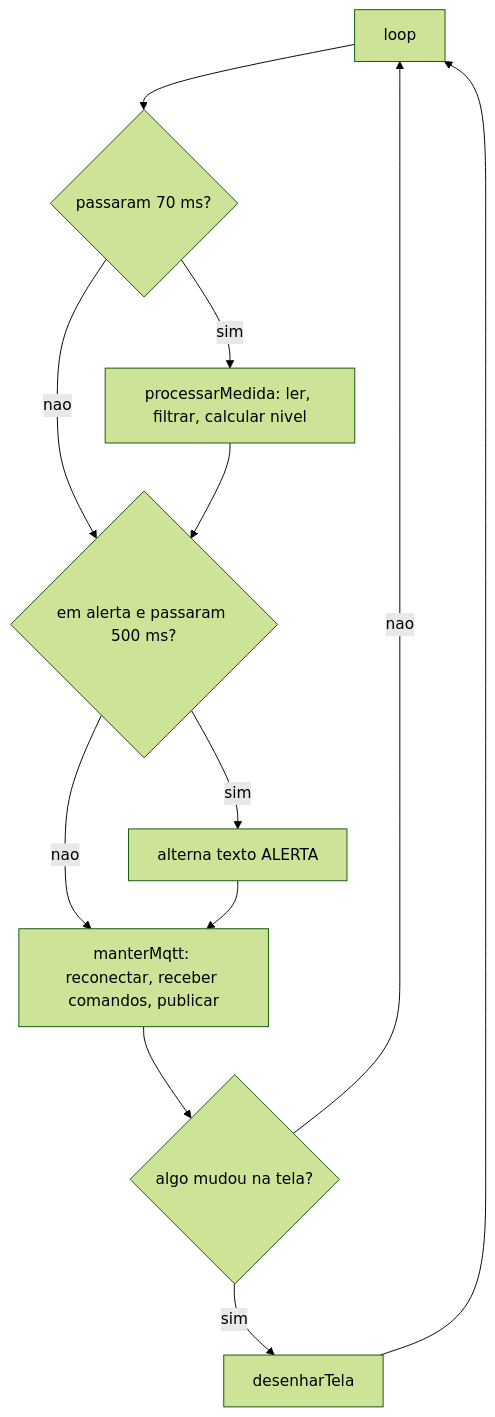
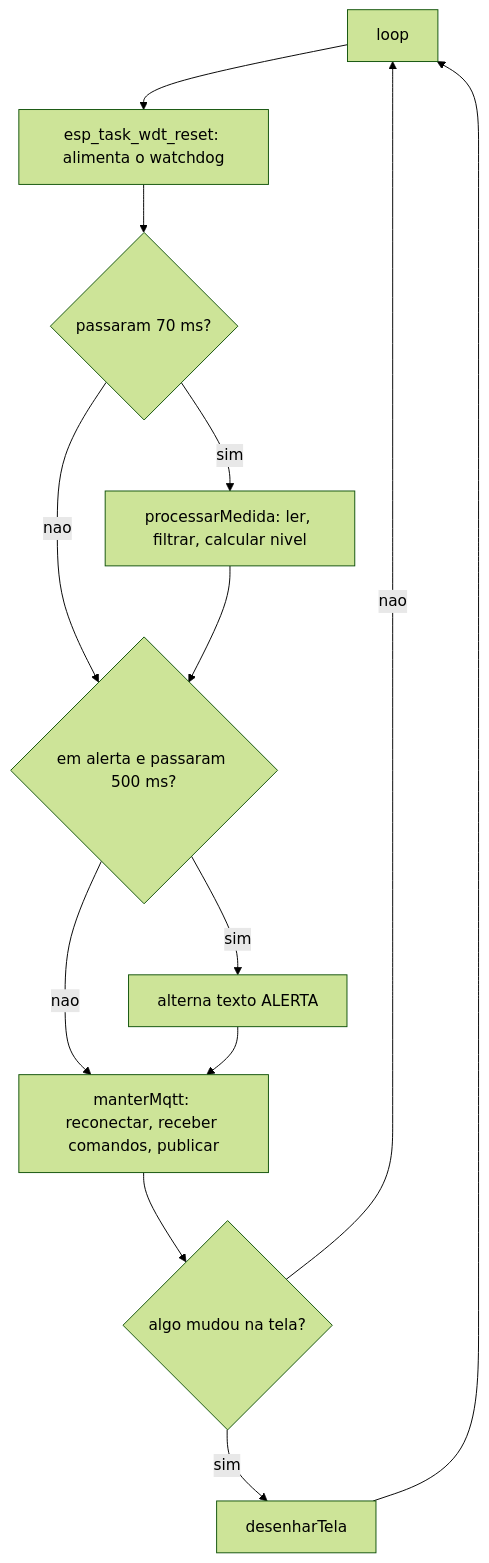
One commit to rodrigocardosopires/nivel-caixa-dagua changed the third of 6 diagrams in README.md. Above: the diagram before and after it, drawn with Mermaid (forest theme). The commit also changed other lines of this file and 3 other files, not shown here.

````diff
--- a/README.md
+++ b/README.md
@@ -122,14 +126,15 @@
 ```mermaid
 flowchart TD
-    loopStart[loop] --> checkMed{"passaram 70 ms?"}
+    loopStart[loop] --> wdt["esp_task_wdt_reset: alimenta o watchdog"]
+    wdt --> checkMed{"passaram 70 ms?"}
     checkMed -->|sim| medir["processarMedida: ler, filtrar, calcular nivel"]
     checkMed -->|nao| checkPisca
     medir --> checkPisca{"em alerta e passaram 500 ms?"}
     checkPisca -->|sim| pisca["alterna texto ALERTA"]
     checkPisca -->|nao| rede
     pisca --> rede["manterMqtt: reconectar, receber comandos, publicar"]
     rede --> checkTela{"algo mudou na tela?"}
     checkTela -->|sim| desenhar["desenharTela"]
     checkTela -->|nao| loopStart
     desenhar --> loopStart
 ```
````
